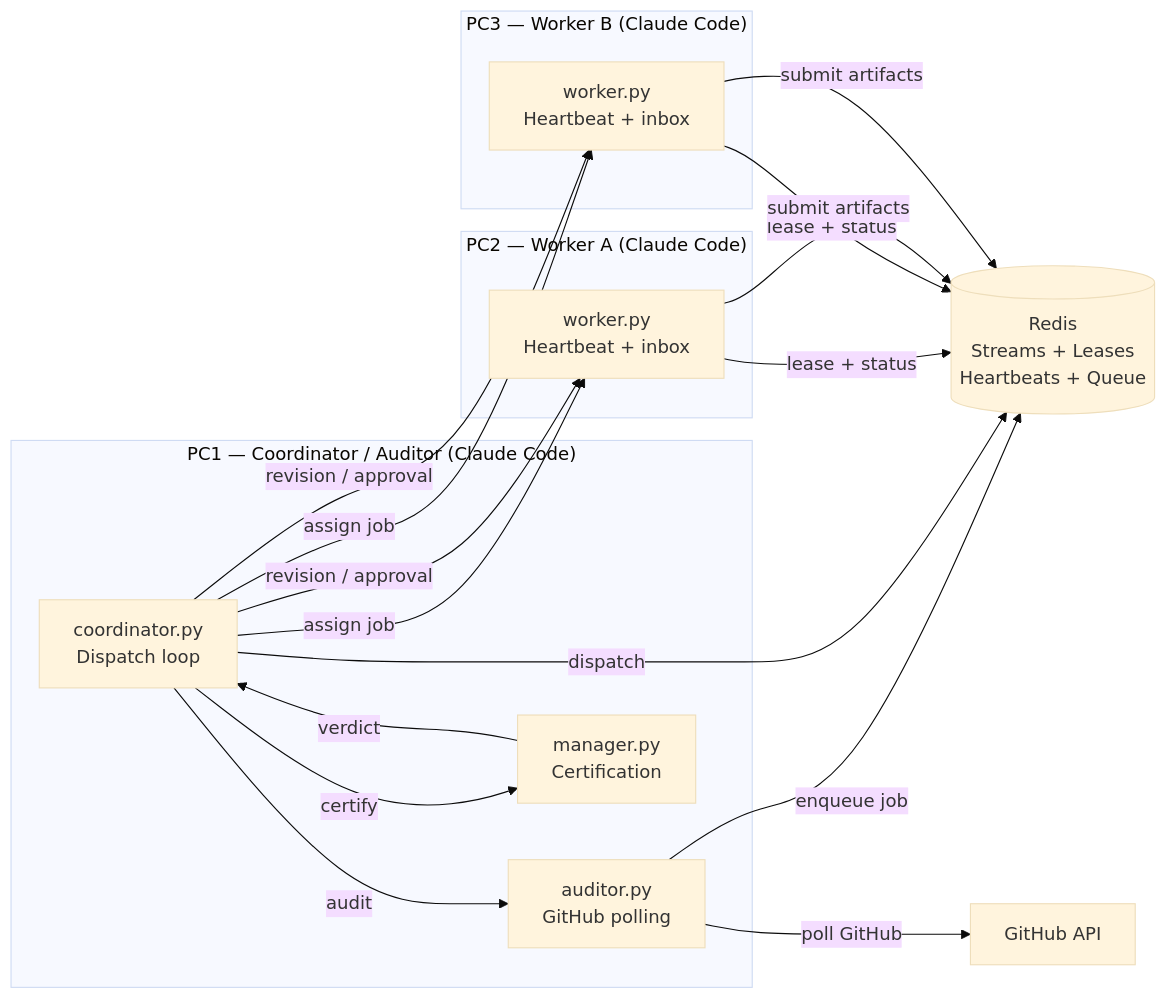
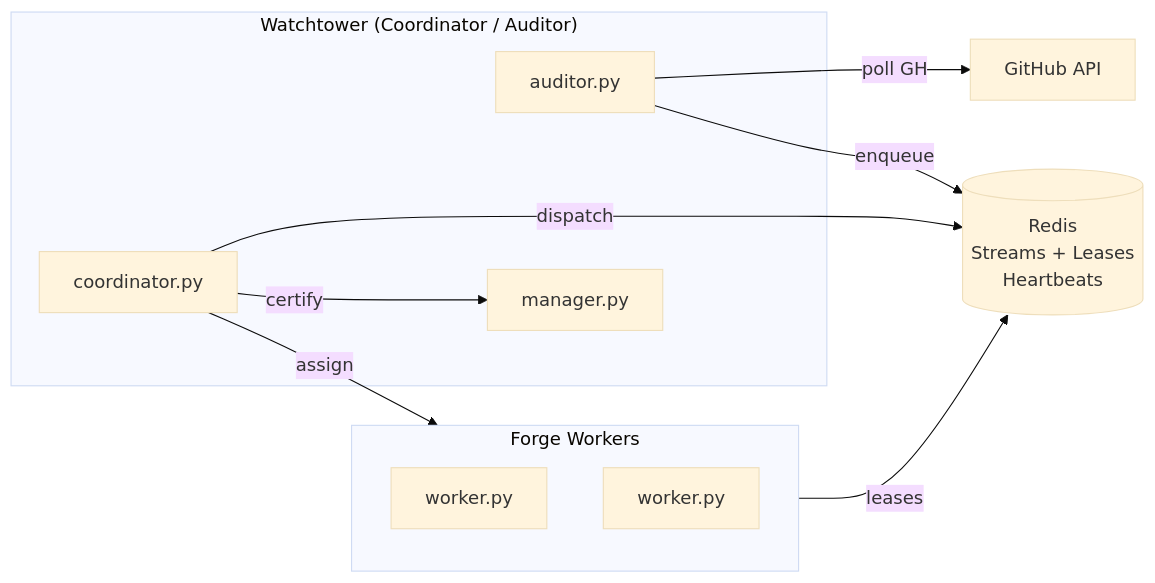
One commit to B-A-M-N/prforge changed the second of 2 diagrams in README.md. Above: the diagram before and after it, drawn with Mermaid (base theme). The commit also changed other lines of this file, not shown here.

````diff
--- a/README.md
+++ b/README.md
@@ -247,33 +75,19 @@
 ```mermaid
 graph LR
-    subgraph PC1 ["PC1 — Coordinator / Auditor (Claude Code)"]
-        C[coordinator.py<br/>Dispatch loop]
-        A[auditor.py<br/>GitHub polling]
-        M[manager.py<br/>Certification]
+    subgraph PC1 ["Watchtower (Coordinator / Auditor)"]
+        C[coordinator.py]
+        A[auditor.py]
+        M[manager.py]
     end
-
-    subgraph PC2 ["PC2 — Worker A (Claude Code)"]
-        W1[worker.py<br/>Heartbeat + inbox]
+    subgraph Workers ["Forge Workers"]
+        W1[worker.py]
+        W2[worker.py]
     end
-
-    subgraph PC3 ["PC3 — Worker B (Claude Code)"]
-        W2[worker.py<br/>Heartbeat + inbox]
-    end
-
-    R[("Redis<br/>Streams + Leases<br/>Heartbeats + Queue")]
-
-    A -->|"poll GitHub"| GH[GitHub API]
-    A -->|"enqueue job"| R
+    R[("Redis<br/>Streams + Leases<br/>Heartbeats")]
+    A -->|"poll GH"| GH[GitHub API]
+    A -->|"enqueue"| R
     C -->|"dispatch"| R
-    C -->|"assign job"| W1
-    C -->|"assign job"| W2
-    W1 -->|"lease + status"| R
-    W2 -->|"lease + status"| R
-    W1 -->|"submit artifacts"| R
-    W2 -->|"submit artifacts"| R
-    C -->|"audit"| A
+    C -->|"assign"| Workers
+    Workers -->|"leases"| R
     C -->|"certify"| M
-    M -->|"verdict"| C
-    C -->|"revision / approval"| W1
-    C -->|"revision / approval"| W2
 ```
````
